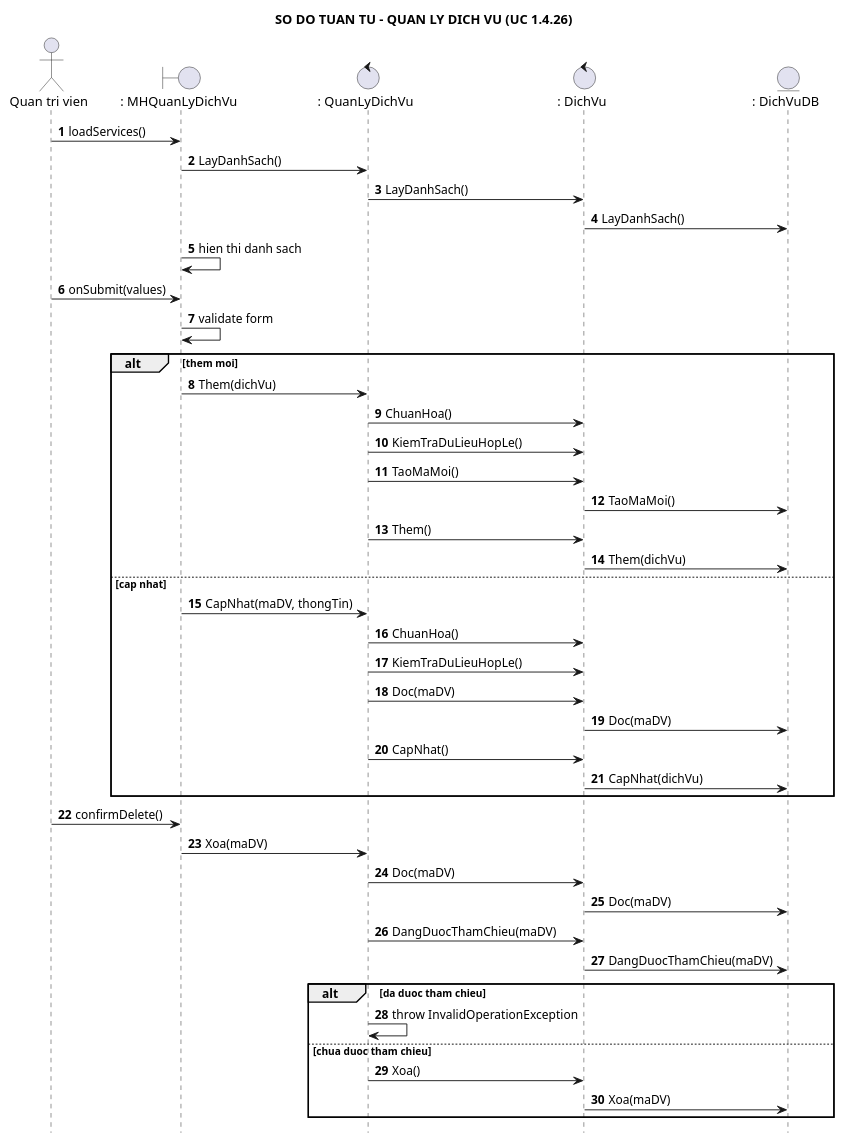
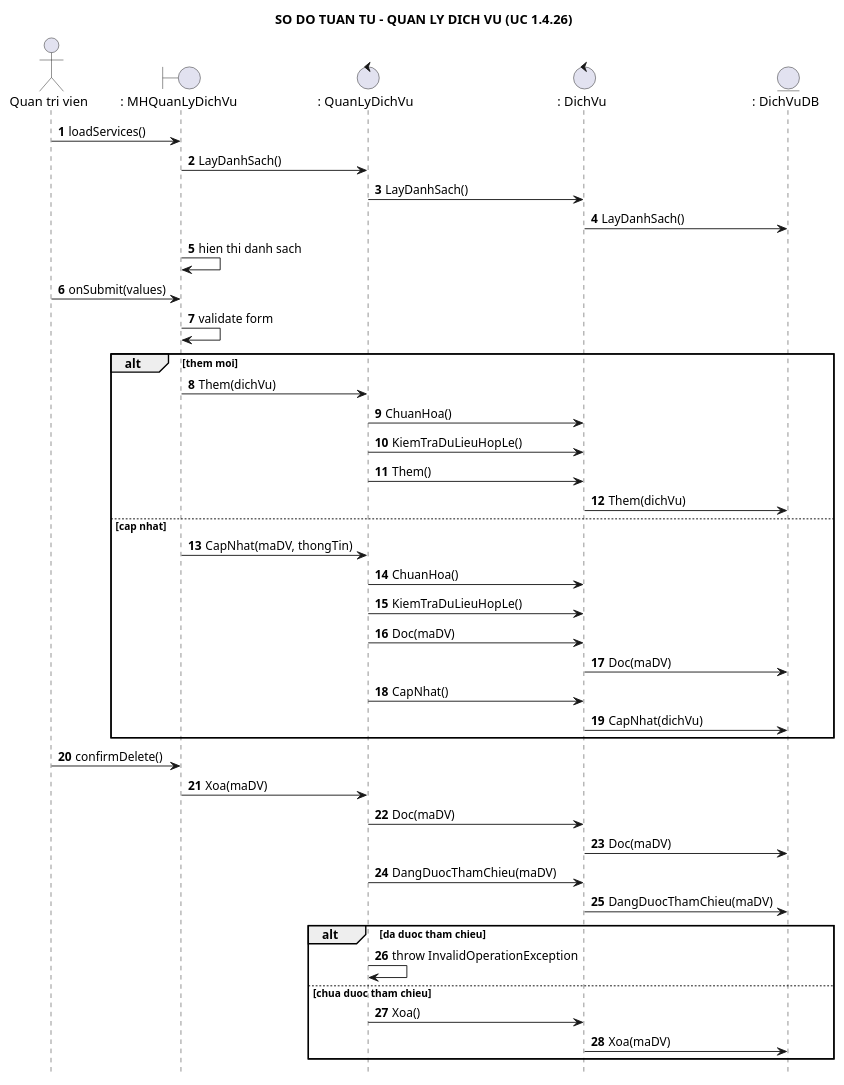
One commit to Ming1309/HomeStay-Dorm changed the diagram in docs/uml/quan-ly-dich-vu-sequence.puml. Above: the diagram before and after it, drawn with PlantUML. The commit also changed 73 other files, not shown here.

Commit message:
feat(database): implement standardized sequential ID generation using DB sequences

```diff
--- a/docs/uml/quan-ly-dich-vu-sequence.puml
+++ b/docs/uml/quan-ly-dich-vu-sequence.puml
@@ -1,50 +1,48 @@
 @startuml
 title SO DO TUAN TU - QUAN LY DICH VU (UC 1.4.26)
 hide footbox
 autonumber 1 1
 skinparam shadowing false
 actor "Quan tri vien" as QTV
 boundary ": MHQuanLyDichVu" as MH
 control ": QuanLyDichVu" as QL
 control ": DichVu" as DV
 entity ": DichVuDB" as DB
 
 QTV -> MH : loadServices()
 MH -> QL : LayDanhSach()
 QL -> DV : LayDanhSach()
 DV -> DB : LayDanhSach()
 MH -> MH : hien thi danh sach
 
 QTV -> MH : onSubmit(values)
 MH -> MH : validate form
 alt them moi
   MH -> QL : Them(dichVu)
   QL -> DV : ChuanHoa()
   QL -> DV : KiemTraDuLieuHopLe()
-  QL -> DV : TaoMaMoi()
-  DV -> DB : TaoMaMoi()
   QL -> DV : Them()
   DV -> DB : Them(dichVu)
 else cap nhat
   MH -> QL : CapNhat(maDV, thongTin)
   QL -> DV : ChuanHoa()
   QL -> DV : KiemTraDuLieuHopLe()
   QL -> DV : Doc(maDV)
   DV -> DB : Doc(maDV)
   QL -> DV : CapNhat()
   DV -> DB : CapNhat(dichVu)
 end
 
 QTV -> MH : confirmDelete()
 MH -> QL : Xoa(maDV)
 QL -> DV : Doc(maDV)
 DV -> DB : Doc(maDV)
 QL -> DV : DangDuocThamChieu(maDV)
 DV -> DB : DangDuocThamChieu(maDV)
 alt da duoc tham chieu
   QL -> QL : throw InvalidOperationException
 else chua duoc tham chieu
   QL -> DV : Xoa()
   DV -> DB : Xoa(maDV)
 end
 @enduml
```
